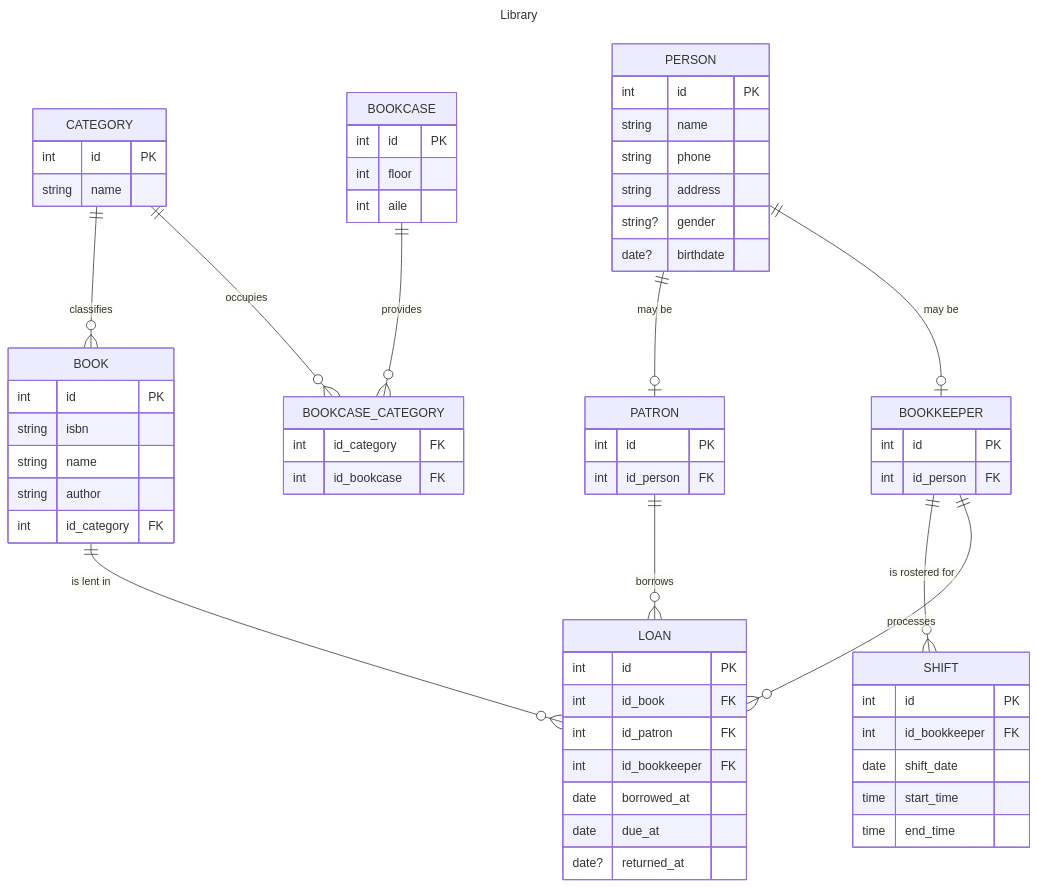
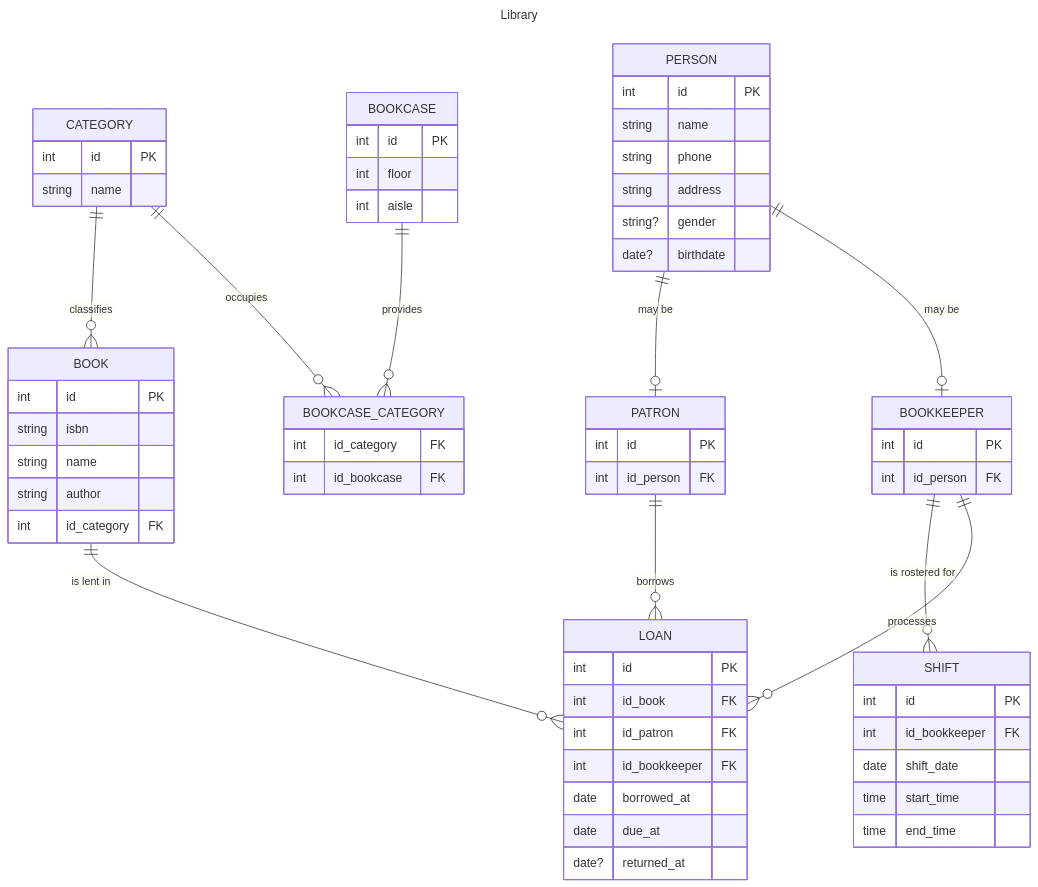
Before and after one commit to ryansuhartanto/koda-b8-db1: the diagram in README.md, drawn with Mermaid.

```diff
--- a/README.md
+++ b/README.md
@@ -39,7 +39,7 @@
 BOOKCASE {
     int id PK
     int floor
-    int aile
+    int aisle
 }
 
 BOOKCASE_CATEGORY {
```
